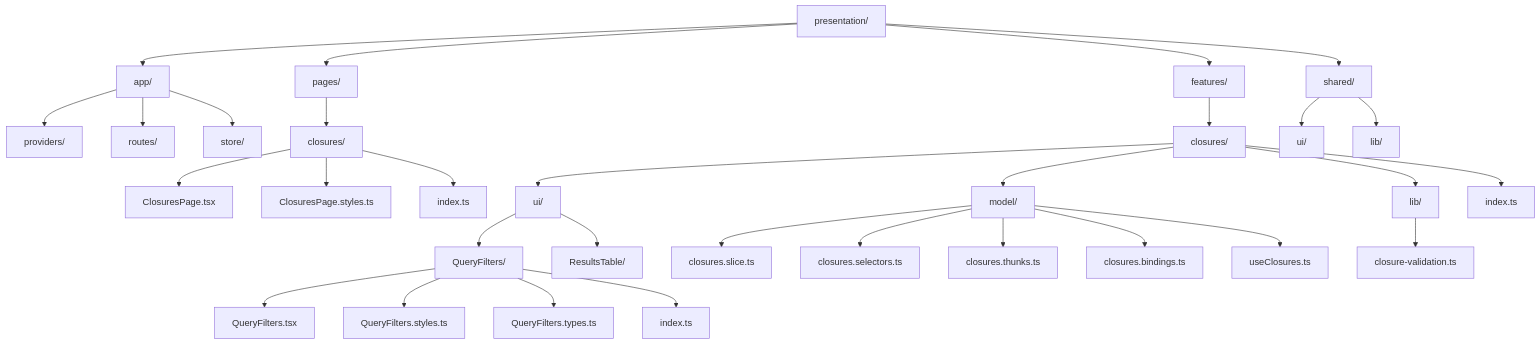
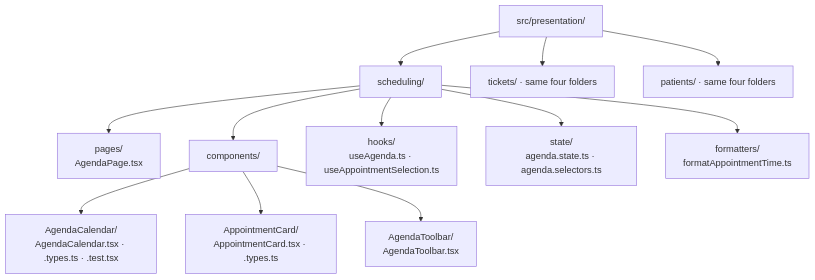
Before and after one commit to AndresTaoFlorez/software-architecture: the first of 5 diagrams in frontend/presentation-architecture.md, drawn with Mermaid. The commit also changed other lines of this file and 43 other files, not shown here.

````diff
--- a/frontend/presentation-architecture.md
+++ b/frontend/presentation-architecture.md
@@ -53,64 +36,14 @@
 ```mermaid
 flowchart TD
-    N0["presentation/"]
-    N1["app/"]
-    N2["providers/"]
-    N3["routes/"]
-    N4["store/"]
-    N5["pages/"]
-    N6["closures/"]
-    N7["ClosuresPage.tsx"]
-    N8["ClosuresPage.styles.ts"]
-    N9["index.ts"]
-    N10["features/"]
-    N11["closures/"]
-    N12["ui/"]
-    N13["QueryFilters/"]
-    N14["QueryFilters.tsx"]
-    N15["QueryFilters.styles.ts"]
-    N16["QueryFilters.types.ts"]
-    N17["index.ts"]
-    N18["ResultsTable/"]
-    N19["model/"]
-    N20["closures.slice.ts"]
-    N21["closures.selectors.ts"]
-    N22["closures.thunks.ts"]
-    N23["closures.bindings.ts"]
-    N24["useClosures.ts"]
-    N25["lib/"]
-    N26["closure-validation.ts"]
-    N27["index.ts"]
-    N28["shared/"]
-    N29["ui/"]
-    N30["lib/"]
-    N0 --> N1
-    N1 --> N2
-    N1 --> N3
-    N1 --> N4
-    N0 --> N5
-    N5 --> N6
-    N6 --> N7
-    N6 --> N8
-    N6 --> N9
-    N0 --> N10
-    N10 --> N11
-    N11 --> N12
-    N12 --> N13
-    N13 --> N14
-    N13 --> N15
-    N13 --> N16
-    N13 --> N17
-    N12 --> N18
-    N11 --> N19
-    N19 --> N20
-    N19 --> N21
-    N19 --> N22
-    N19 --> N23
-    N19 --> N24
-    N11 --> N25
-    N25 --> N26
-    N11 --> N27
-    N0 --> N28
-    N28 --> N29
-    N28 --> N30
+    P["src/presentation/"] --> S["scheduling/"]
+    P --> T["tickets/ · same four folders"]
+    P --> PAT["patients/ · same four folders"]
+    S --> PG["pages/<br/>AgendaPage.tsx"]
+    S --> CO["components/"]
+    S --> H["hooks/<br/>useAgenda.ts · useAppointmentSelection.ts"]
+    S --> ST["state/<br/>agenda.state.ts · agenda.selectors.ts"]
+    S --> F["formatters/<br/>formatAppointmentTime.ts"]
+    CO --> AC["AgendaCalendar/<br/>AgendaCalendar.tsx · .types.ts · .test.tsx"]
+    CO --> AP["AppointmentCard/<br/>AppointmentCard.tsx · .types.ts"]
+    CO --> AT["AgendaToolbar/<br/>AgendaToolbar.tsx"]
 ```
````
